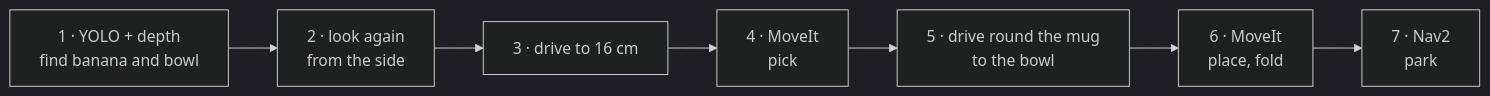
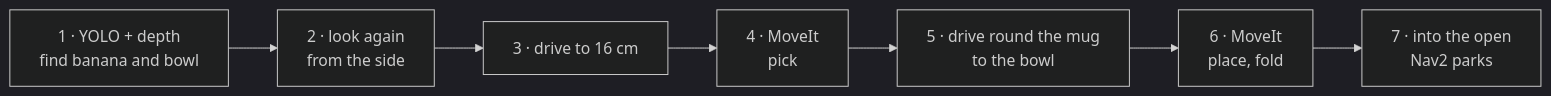
Before and after one commit to sakaki-an/Turtlebot3_Lime_IsaacSim: the second of 2 diagrams in docs/tutorials/13-all-together.md, drawn with Mermaid (dark theme). The commit also changed other lines of this file and 5 other files, not shown here.

````diff
--- a/docs/tutorials/13-all-together.md
+++ b/docs/tutorials/13-all-together.md
@@ -146,5 +149,5 @@
 ```mermaid
 flowchart LR
   a["1 · YOLO + depth<br/>find banana and bowl"] --> b["2 · look again<br/>from the side"] --> c["3 · drive to 16 cm"]
-  c --> d["4 · MoveIt<br/>pick"] --> e["5 · drive round the mug<br/>to the bowl"] --> f["6 · MoveIt<br/>place, fold"] --> g["7 · Nav2<br/>park"]
+  c --> d["4 · MoveIt<br/>pick"] --> e["5 · drive round the mug<br/>to the bowl"] --> f["6 · MoveIt<br/>place, fold"] --> g["7 · into the open<br/>Nav2 parks"]
 ```
````
